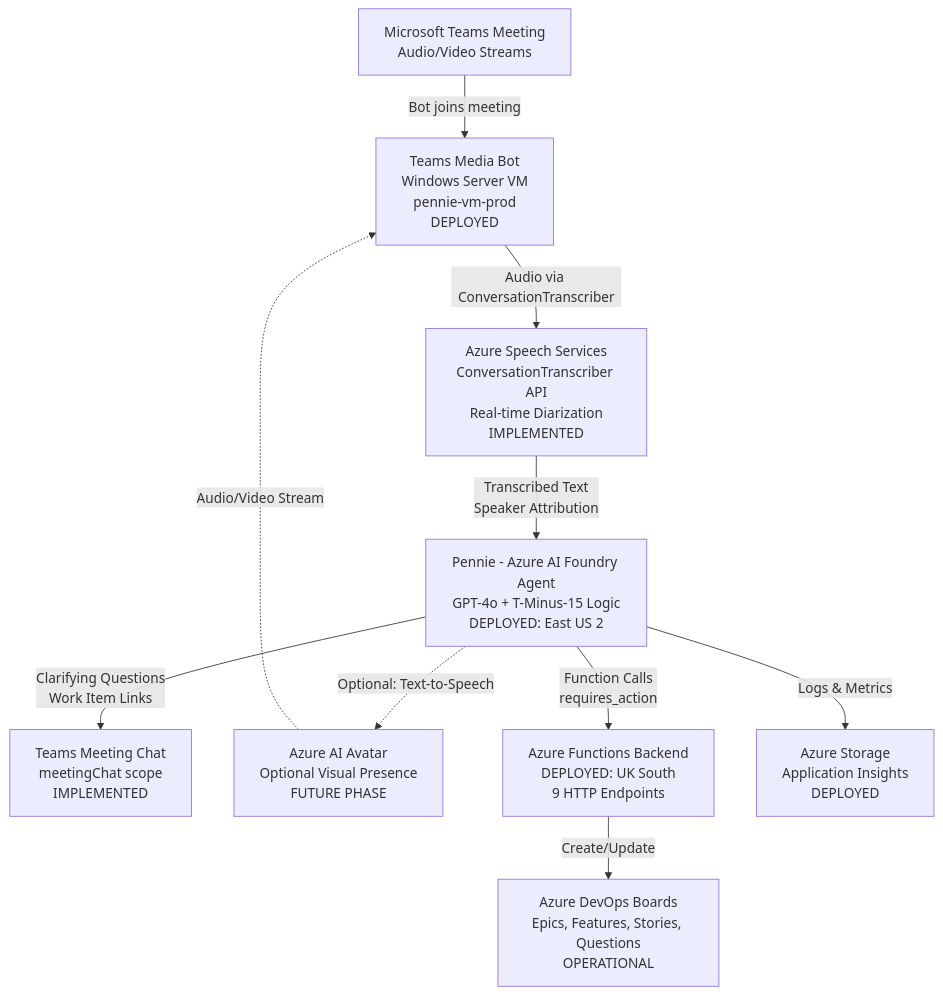
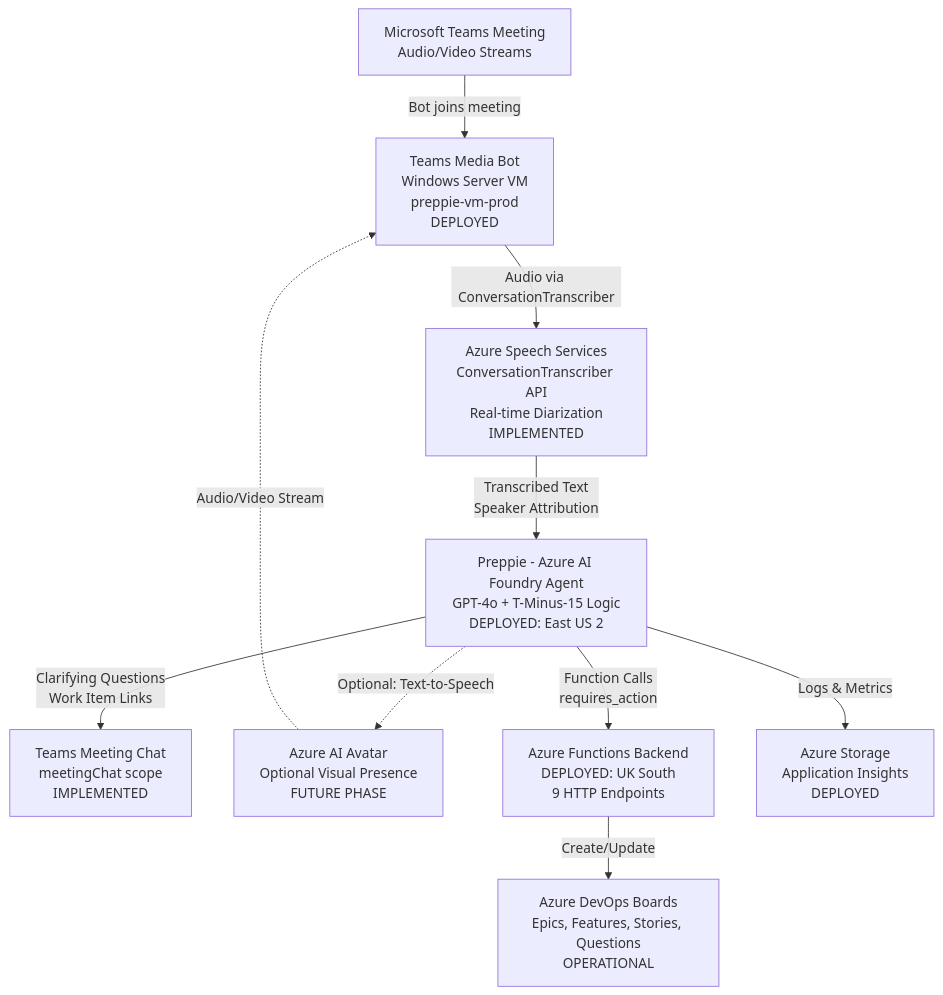
One commit to knowall-ai/GetPenn.ie changed the diagram in docs/SOLUTION_DESIGN.adoc. Above: the diagram before and after it, drawn with Mermaid. The commit also changed other lines of this file and 29 other files, not shown here.

First line of the commit message:
chore: rename Pennie the Prepper -> Preppie the Prepper

```diff
--- a/docs/SOLUTION_DESIGN.adoc
+++ b/docs/SOLUTION_DESIGN.adoc
@@ -19,13 +19,13 @@
 [mermaid]
 ----
 flowchart TD
-    TeamsMeeting[Microsoft Teams Meeting<br/>Audio/Video Streams] -->|Bot joins meeting| MediaBot[Teams Media Bot<br/>Windows Server VM<br/>pennie-vm-prod<br/>DEPLOYED]
+    TeamsMeeting[Microsoft Teams Meeting<br/>Audio/Video Streams] -->|Bot joins meeting| MediaBot[Teams Media Bot<br/>Windows Server VM<br/>preppie-vm-prod<br/>DEPLOYED]
     MediaBot -->|Audio via ConversationTranscriber| SpeechServices[Azure Speech Services<br/>ConversationTranscriber API<br/>Real-time Diarization<br/>IMPLEMENTED]
-    SpeechServices -->|Transcribed Text<br/>Speaker Attribution| FoundryAgent[Pennie - Azure AI Foundry Agent<br/>GPT-4o + T-Minus-15 Logic<br/>DEPLOYED: East US 2]
+    SpeechServices -->|Transcribed Text<br/>Speaker Attribution| FoundryAgent[Preppie - Azure AI Foundry Agent<br/>GPT-4o + T-Minus-15 Logic<br/>DEPLOYED: East US 2]
     FoundryAgent -->|Clarifying Questions<br/>Work Item Links| TeamsChat[Teams Meeting Chat<br/>meetingChat scope<br/>IMPLEMENTED]
     FoundryAgent -.->|Optional: Text-to-Speech| Avatar[Azure AI Avatar<br/>Optional Visual Presence<br/>FUTURE PHASE]
     Avatar -.->|Audio/Video Stream| MediaBot
     FoundryAgent -->|Function Calls<br/>requires_action| DevOpsTools[Azure Functions Backend<br/>DEPLOYED: UK South<br/>9 HTTP Endpoints]
     DevOpsTools -->|Create/Update| AzureDevOps[Azure DevOps Boards<br/>Epics, Features, Stories, Questions<br/>OPERATIONAL]
     FoundryAgent -->|Logs & Metrics| Storage[Azure Storage<br/>Application Insights<br/>DEPLOYED]
 ----
```
